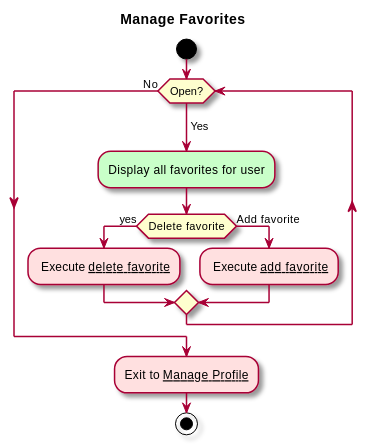
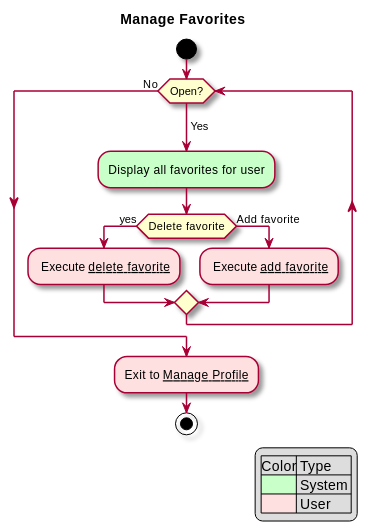
One commit to sashap100/Vassar-Dining-App changed the diagram in intellij/doc/use-cases/manage-favorites.md. Above: the diagram before and after it, drawn with PlantUML. The commit also changed 6 other files, not shown here.

````diff
--- a/intellij/doc/use-cases/manage-favorites.md
+++ b/intellij/doc/use-cases/manage-favorites.md
@@ -25,19 +25,23 @@
 ```plantuml
 @startuml
 
 skin rose
 title Manage Favorites
-
+legend right
+    |Color| Type |
+    |<#technology>| System |
+    |<#implementation>| User |
+endlegend
 start
 while (Open?) is (\nYes)
 #technology:Display all favorites for user;
 If (Delete favorite) then (yes)
     #implementation: Execute __delete favorite__;
 else (Add favorite)
      #implementation: Execute __add favorite__;
 endif
 endwhile (No)
 #implementation:Exit to __Manage Profile__;
 stop
 @enduml
 ```
````
